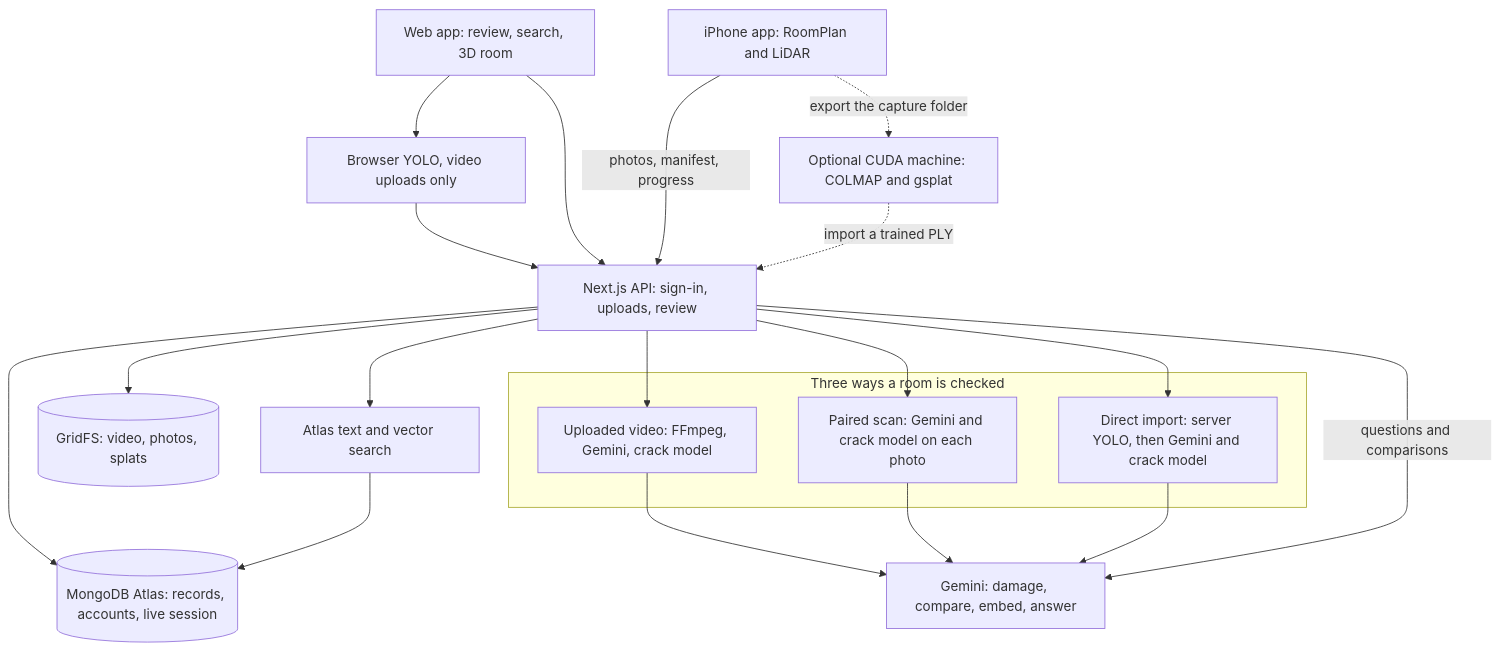
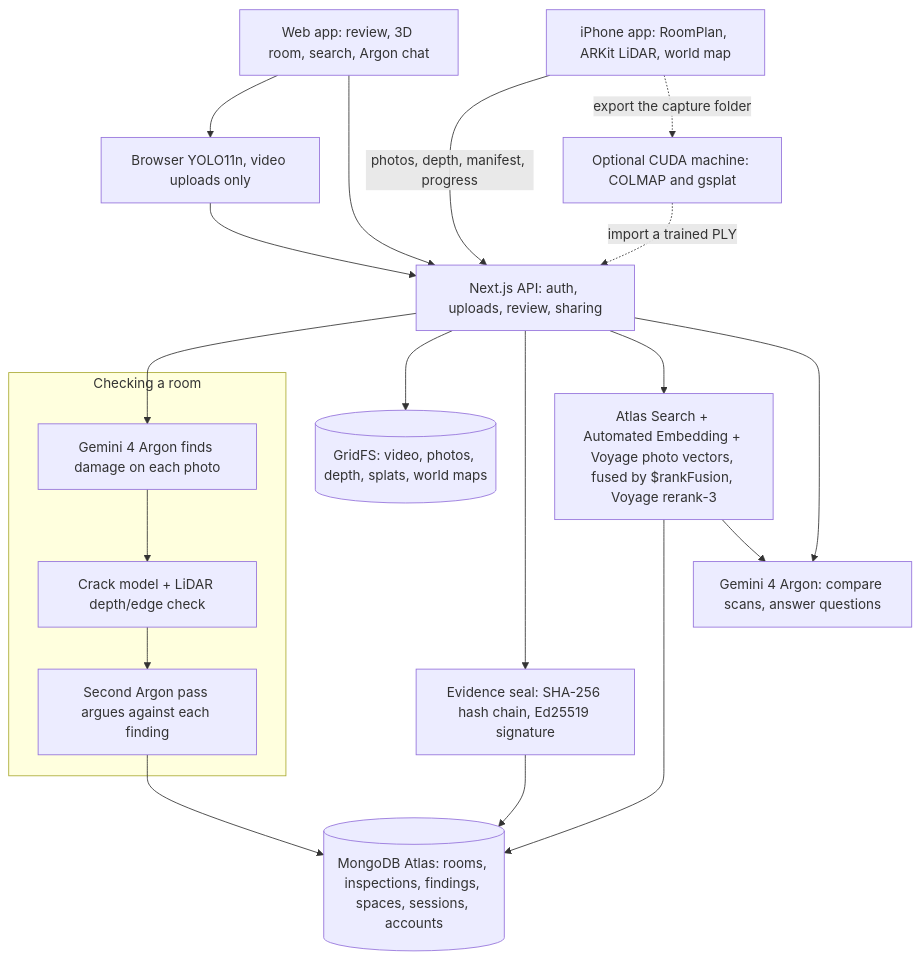
One commit to Borbezzz/Dwelld changed the third of 12 diagrams in README.md. Above: the diagram before and after it, drawn with Mermaid. The commit also changed other lines of this file, not shown here.

First line of the commit message:
README: update architecture, repo layout and features to current source

````diff
--- a/README.md
+++ b/README.md
@@ -102,36 +107,33 @@
 ```mermaid
 flowchart TD
-    Web["Web app: review, search, 3D room"]
-    Phone["iPhone app: RoomPlan and LiDAR"]
-    Yolo["Browser YOLO, video uploads only"]
-    API["Next.js API: sign-in, uploads, review"]
+    Web["Web app: review, 3D room, search, Argon chat"]
+    Phone["iPhone app: RoomPlan, ARKit LiDAR, world map"]
+    Yolo["Browser YOLO11n, video uploads only"]
+    API["Next.js API: auth, uploads, review, sharing"]
 
-    subgraph checks [Three ways a room is checked]
-        Video["Uploaded video: FFmpeg, Gemini, crack model"]
-        Paired["Paired scan: Gemini and crack model on each photo"]
-        Direct["Direct import: server YOLO, then Gemini and crack model"]
+    subgraph checks [Checking a room]
+        Detect["Gemini 4 Argon finds damage on each photo"]
+        Crack["Crack model + LiDAR depth/edge check"]
+        Verify["Second Argon pass argues against each finding"]
     end
 
-    Gemini["Gemini: damage, compare, embed, answer"]
-    DB[("MongoDB Atlas: records, accounts, live session")]
-    Media[("GridFS: video, photos, splats")]
-    Search["Atlas text and vector search"]
+    Seal["Evidence seal: SHA-256 hash chain, Ed25519 signature"]
+    DB[("MongoDB Atlas: rooms, inspections, findings, spaces, sessions, accounts")]
+    Media[("GridFS: video, photos, depth, splats, world maps")]
+    Search["Atlas Search + Automated Embedding + Voyage photo vectors, fused by $rankFusion, Voyage rerank-3"]
+    Argon["Gemini 4 Argon: compare scans, answer questions"]
     GPU["Optional CUDA machine: COLMAP and gsplat"]
 
     Web --> Yolo --> API
     Web --> API
-    Phone -->|photos, manifest, progress| API
-    API --> DB
+    Phone -->|photos, depth, manifest, progress| API
+    API --> Detect --> Crack --> Verify
+    Verify --> DB
     API --> Media
-    API --> Video
-    API --> Paired
-    API --> Direct
-    Video --> Gemini
-    Paired --> Gemini
-    Direct --> Gemini
-    API -->|questions and comparisons| Gemini
-    API --> Search
-    Search --> DB
+    API --> Seal --> DB
+    API --> Search --> DB
+    API --> Argon
+    Search --> Argon
     Phone -.->|export the capture folder| GPU
     GPU -.->|import a trained PLY| API
 ```
````
